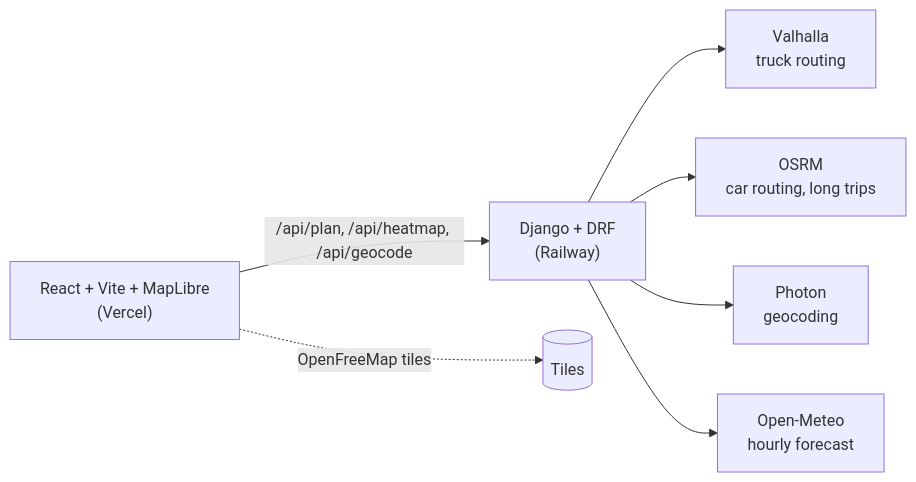
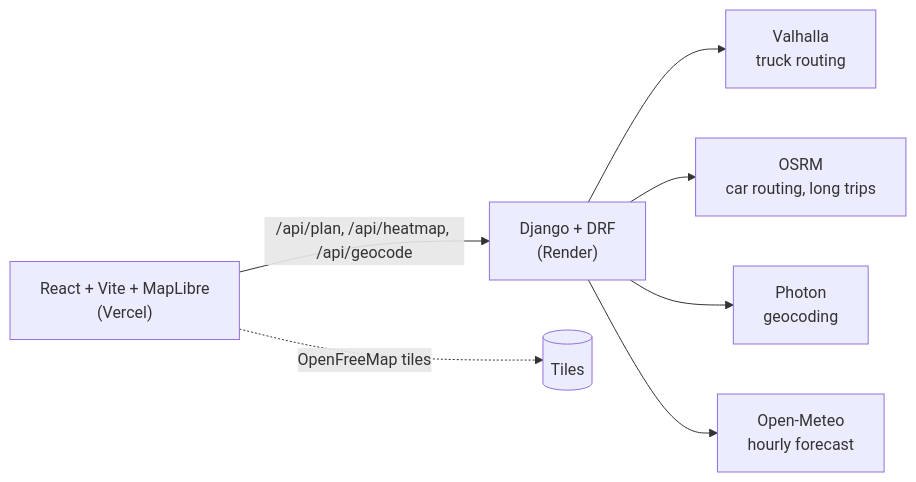
The diagram in README.md (pysingh09/weather-truck-routing), drawn with Mermaid before and after one commit. The commit also changed other lines of this file and 8 other files, not shown here.

Commit message:
Deploy: Render blueprint + keep-warm ping, Vercel URL, drop Railway

````diff
--- a/README.md
+++ b/README.md
@@ -28,9 +28,9 @@
 ```mermaid
 flowchart LR
-  UI["React + Vite + MapLibre<br/>(Vercel)"] -->|"/api/plan, /api/heatmap, /api/geocode"| API["Django + DRF<br/>(Railway)"]
+  UI["React + Vite + MapLibre<br/>(Vercel)"] -->|"/api/plan, /api/heatmap, /api/geocode"| API["Django + DRF<br/>(Render)"]
   API --> V["Valhalla<br/>truck routing"]
   API --> O["OSRM<br/>car routing, long trips"]
   API --> P["Photon<br/>geocoding"]
   API --> W["Open-Meteo<br/>hourly forecast"]
   UI -.->|"OpenFreeMap tiles"| T[(Tiles)]
 ```
````
